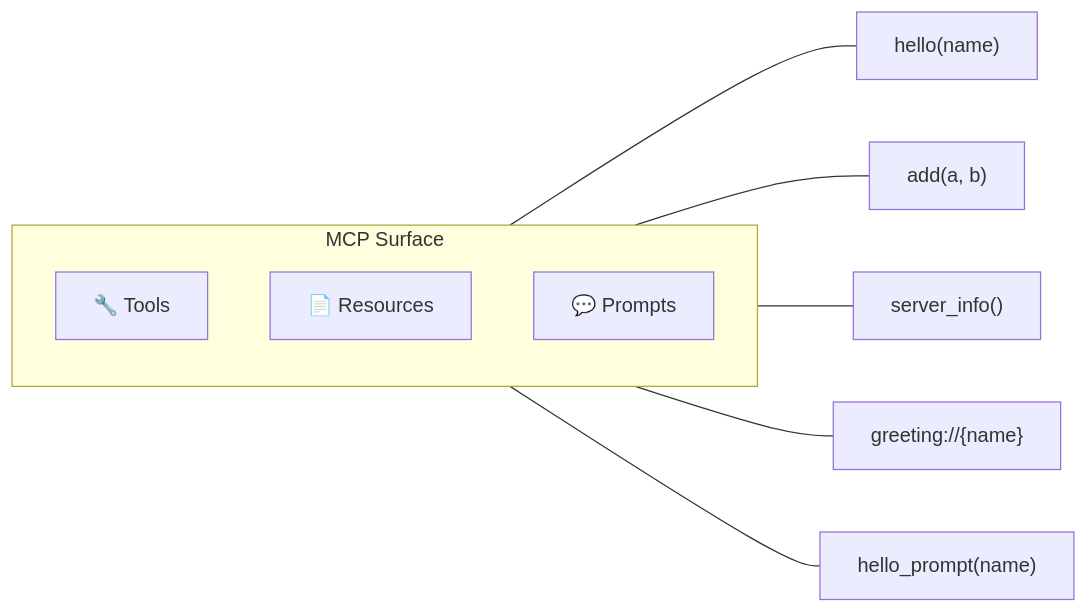
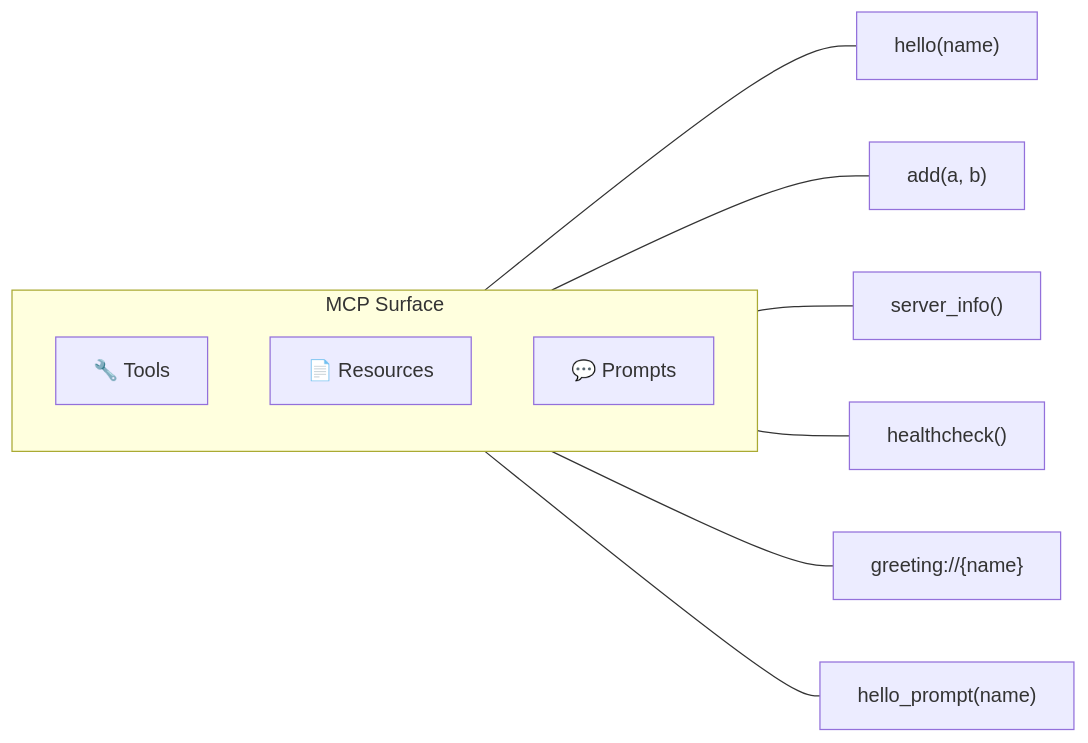
Before and after one commit to brbharad/ai_demo: the second of 3 diagrams in docs/architecture.md, drawn with Mermaid. The commit also changed other lines of this file, not shown here.

Commit message:
Update architecture documentation to include healthcheck tool in FastMCP server component and data flow diagrams.

````diff
--- a/docs/architecture.md
+++ b/docs/architecture.md
@@ -53,15 +53,16 @@
 ```mermaid
 flowchart LR
     subgraph "MCP Surface"
         direction TB
         T["🔧 Tools"]
         R["📄 Resources"]
         P["💬 Prompts"]
     end
 
     T --- T1["hello(name)"]
     T --- T2["add(a, b)"]
     T --- T3["server_info()"]
+    T --- T4["healthcheck()"]
     R --- R1["greeting://{name}"]
     P --- P1["hello_prompt(name)"]
 ```
````
